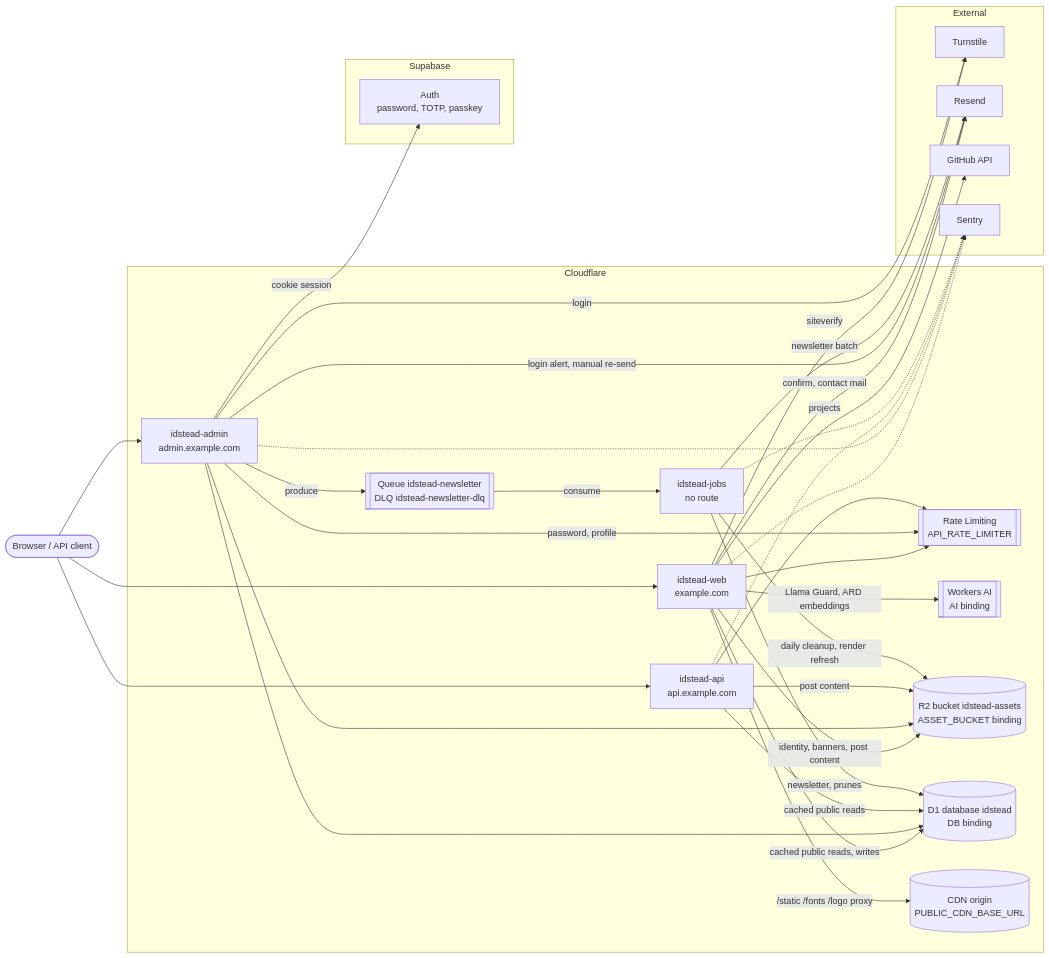
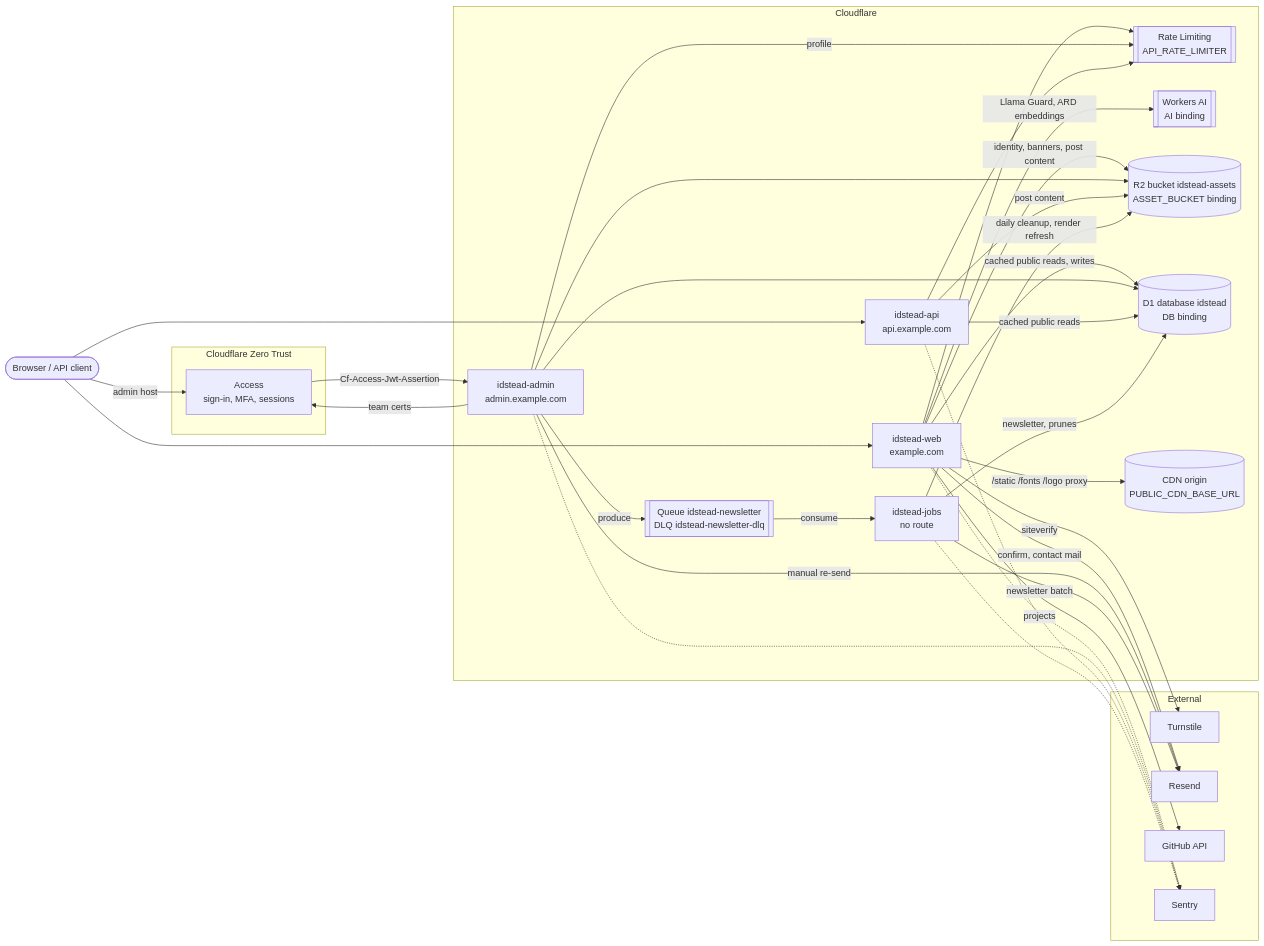
Before and after one commit to farhnkrnapratma/idstead: the diagram in docs/003-architecture/001-component-map.md, drawn with Mermaid. The commit also changed other lines of this file and 40 other files, not shown here.

First line of the commit message:
docs: describe admin sign-in through Cloudflare Access

````diff
--- a/docs/003-architecture/001-component-map.md
+++ b/docs/003-architecture/001-component-map.md
@@ -5,63 +5,63 @@
 ```mermaid
 flowchart LR
     Browser(["Browser / API client"])
 
     subgraph CF["Cloudflare"]
         WEB["idstead-web<br/>example.com"]
         ADMIN["idstead-admin<br/>admin.example.com"]
         API["idstead-api<br/>api.example.com"]
         JOBS["idstead-jobs<br/>no route"]
         RL[["Rate Limiting<br/>API_RATE_LIMITER"]]
         AI[["Workers AI<br/>AI binding"]]
         Q[["Queue idstead-newsletter<br/>DLQ idstead-newsletter-dlq"]]
         R2[("R2 bucket idstead-assets<br/>ASSET_BUCKET binding")]
         D1[("D1 database idstead<br/>DB binding")]
         CDN[("CDN origin<br/>PUBLIC_CDN_BASE_URL")]
     end
 
-    subgraph SB["Supabase"]
-        AUTH["Auth<br/>password, TOTP, passkey"]
+    subgraph CFA["Cloudflare Zero Trust"]
+        AUTH["Access<br/>sign-in, MFA, sessions"]
     end
 
     subgraph EXT["External"]
         TS["Turnstile"]
         RS["Resend"]
         GH["GitHub API"]
         SEN["Sentry"]
     end
 
     Browser --> WEB
-    Browser --> ADMIN
+    Browser -->|"admin host"| AUTH
+    AUTH -->|"Cf-Access-Jwt-Assertion"| ADMIN
     Browser --> API
 
     WEB -->|"cached public reads, writes"| D1
     WEB -->|"identity, banners, post content"| R2
     WEB -->|"/static /fonts /logo proxy"| CDN
     WEB --> RL
     WEB -->|"Llama Guard, ARD embeddings"| AI
     WEB -->|"siteverify"| TS
     WEB -->|"confirm, contact mail"| RS
     WEB -->|"projects"| GH
 
-    ADMIN -->|"cookie session"| AUTH
+    ADMIN -->|"team certs"| AUTH
     ADMIN --> D1
     ADMIN --> R2
-    ADMIN -->|"password, profile"| RL
-    ADMIN -->|"login"| TS
-    ADMIN -->|"login alert, manual re-send"| RS
+    ADMIN -->|"profile"| RL
+    ADMIN -->|"manual re-send"| RS
     ADMIN -->|"produce"| Q
 
     API -->|"cached public reads"| D1
     API -->|"post content"| R2
     API --> RL
 
     Q -->|"consume"| JOBS
     JOBS -->|"newsletter, prunes"| D1
     JOBS -->|"newsletter batch"| RS
     JOBS -->|"daily cleanup, render refresh"| R2
 
     WEB -.-> SEN
     ADMIN -.-> SEN
     API -.-> SEN
     JOBS -.-> SEN
 ```
````
